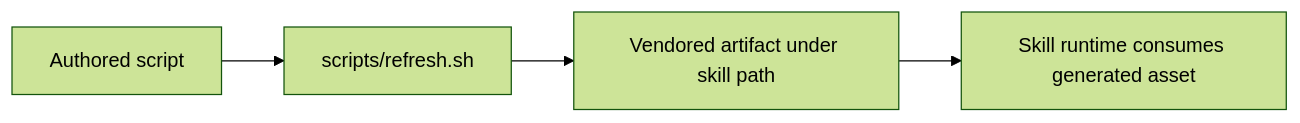
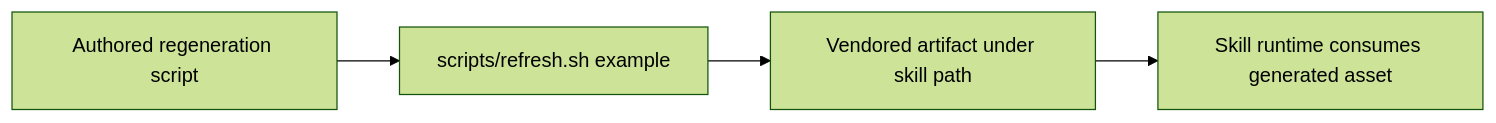
Before and after one commit to Tzeusy/ai-bootstrap: the second of 2 diagrams in about/lay-and-land/data-flow.md, drawn with Mermaid (forest theme). The commit also changed other lines of this file and 16 other files, not shown here.

````diff
--- a/about/lay-and-land/data-flow.md
+++ b/about/lay-and-land/data-flow.md
@@ -17,6 +19,6 @@
 ```mermaid
 flowchart LR
-    A[Authored script] --> R[scripts/refresh.sh]
+    A[Authored regeneration script] --> R[scripts/refresh.sh example]
     R --> V[Vendored artifact under skill path]
     V --> U[Skill runtime consumes generated asset]
 ```
````
